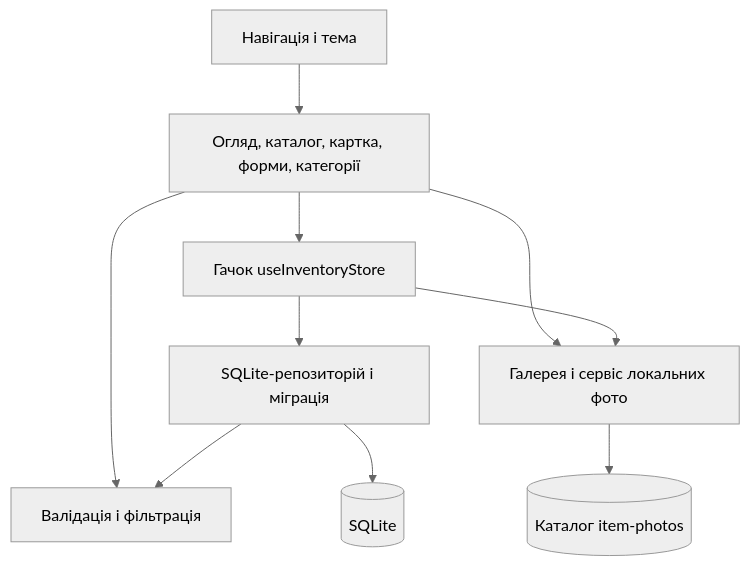
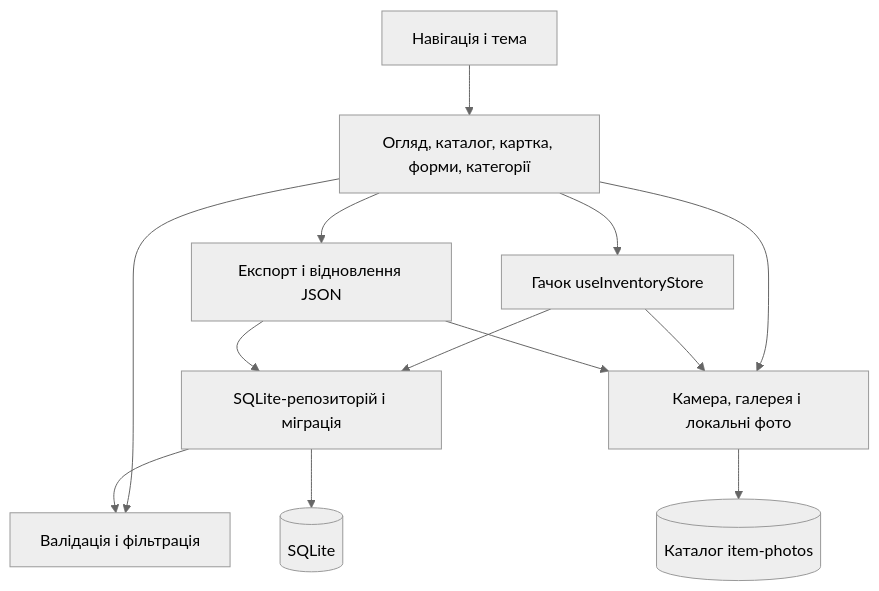
One commit to Sh1kami/Kursovoj changed the first of 2 diagrams in docs/architecture.md. Above: the diagram before and after it, drawn with Mermaid (neutral theme). The commit also changed other lines of this file and 32 other files, not shown here.

````diff
--- a/docs/architecture.md
+++ b/docs/architecture.md
@@ -5,20 +5,24 @@
 ```mermaid
 flowchart TD
   App["Навігація і тема"]
   UI["Огляд, каталог, картка, форми, категорії"]
   State["Гачок useInventoryStore"]
   Domain["Валідація і фільтрація"]
   Repo["SQLite-репозиторій і міграція"]
-  Media["Галерея і сервіс локальних фото"]
+  Media["Камера, галерея і локальні фото"]
+  Backup["Експорт і відновлення JSON"]
   SQLite[("SQLite")]
   Files[("Каталог item-photos")]
   App --> UI
   UI --> State
   UI --> Domain
   UI --> Media
   State --> Repo
   State --> Media
+  UI --> Backup
+  Backup --> Repo
+  Backup --> Media
   Repo --> Domain
   Repo --> SQLite
   Media --> Files
 ```
````
